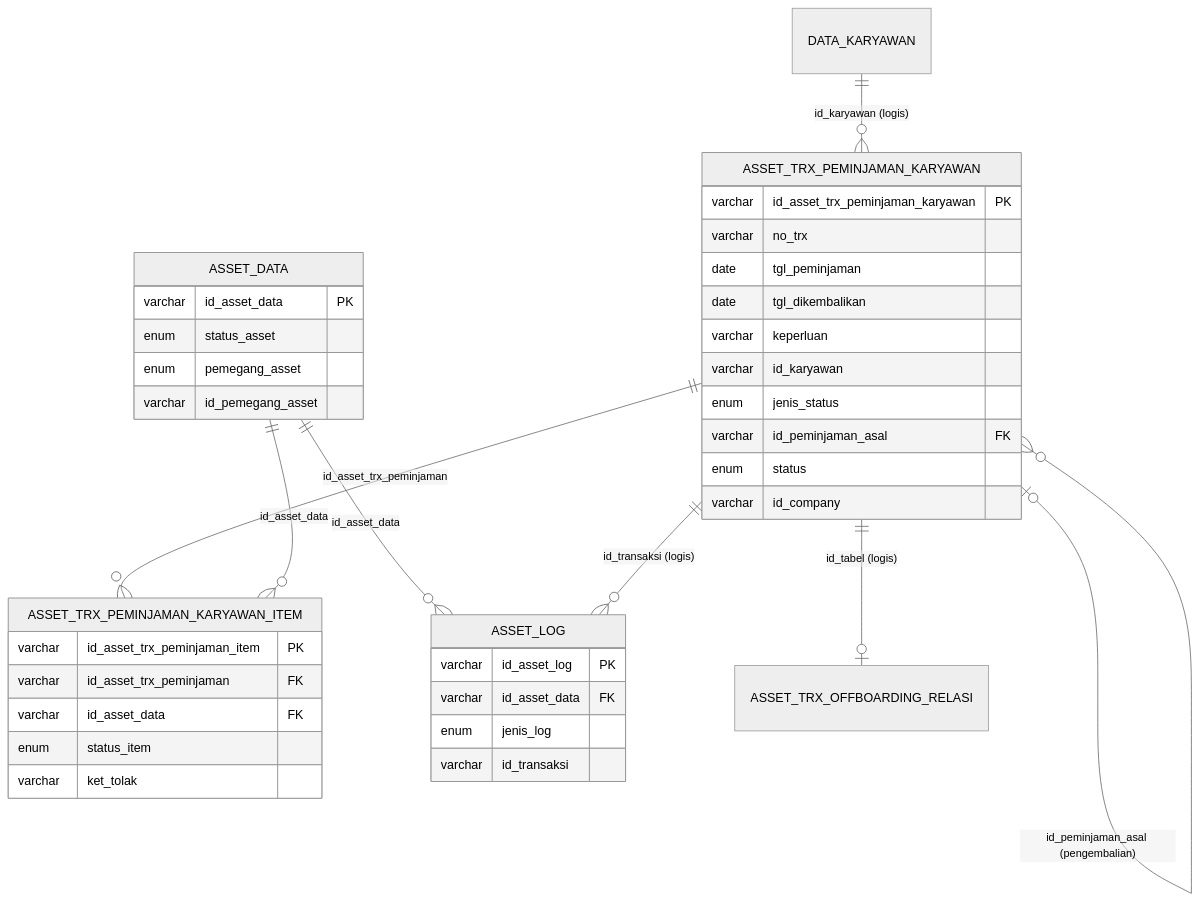
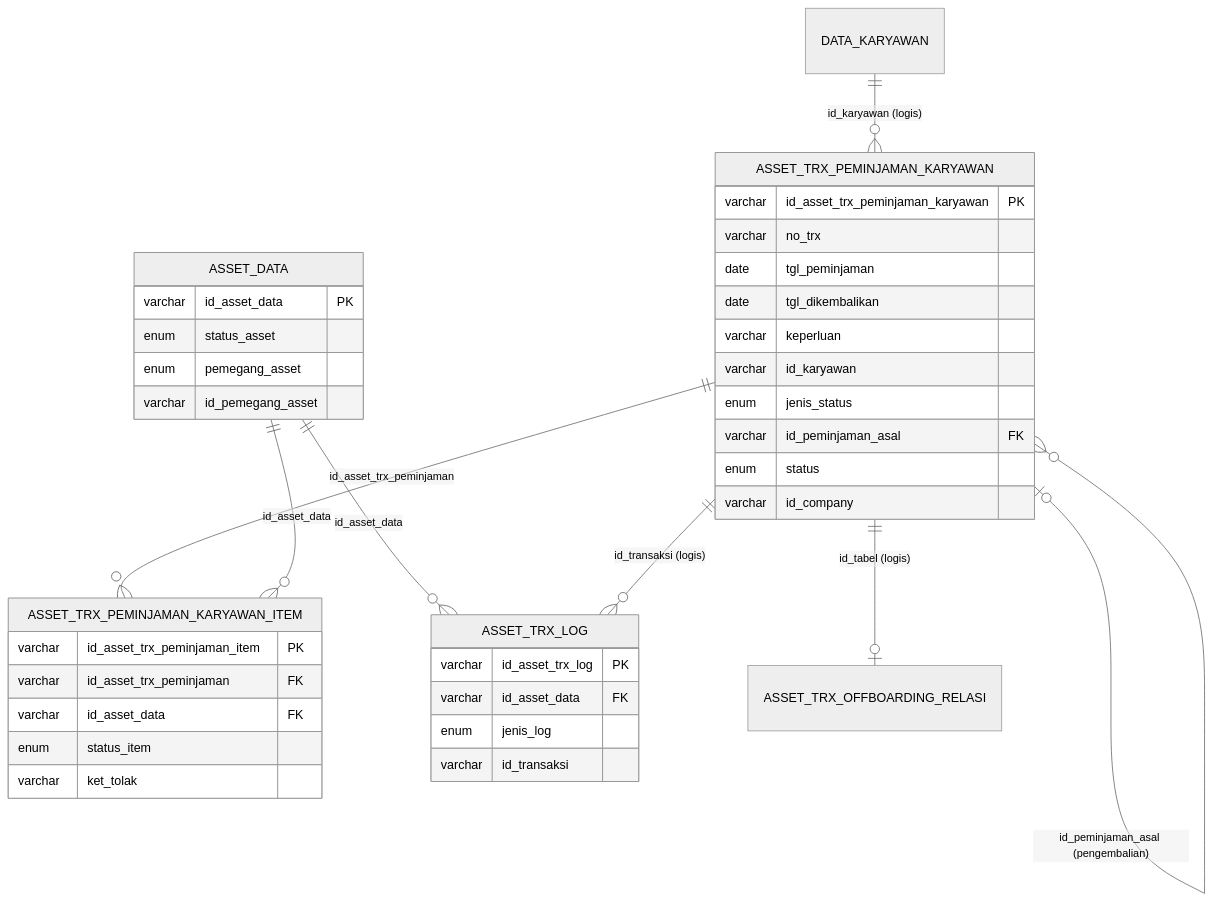
The fifth of 5 diagrams in dokumentasi-asset-peminjaman-karyawan.md (setiyawan12/DOKUMENTASI-ASSET), drawn with Mermaid (neutral theme) before and after one commit. The commit also changed other lines of this file and 34 other files, not shown here.

````diff
--- a/dokumentasi-asset-peminjaman-karyawan.md
+++ b/dokumentasi-asset-peminjaman-karyawan.md
@@ -431,42 +431,42 @@
 ```mermaid
 erDiagram
     ASSET_TRX_PEMINJAMAN_KARYAWAN ||--o{ ASSET_TRX_PEMINJAMAN_KARYAWAN_ITEM : "id_asset_trx_peminjaman"
     ASSET_TRX_PEMINJAMAN_KARYAWAN |o--o{ ASSET_TRX_PEMINJAMAN_KARYAWAN : "id_peminjaman_asal (pengembalian)"
     ASSET_DATA ||--o{ ASSET_TRX_PEMINJAMAN_KARYAWAN_ITEM : "id_asset_data"
     DATA_KARYAWAN ||--o{ ASSET_TRX_PEMINJAMAN_KARYAWAN : "id_karyawan (logis)"
-    ASSET_DATA ||--o{ ASSET_LOG : "id_asset_data"
-    ASSET_TRX_PEMINJAMAN_KARYAWAN ||--o{ ASSET_LOG : "id_transaksi (logis)"
+    ASSET_DATA ||--o{ ASSET_TRX_LOG : "id_asset_data"
+    ASSET_TRX_PEMINJAMAN_KARYAWAN ||--o{ ASSET_TRX_LOG : "id_transaksi (logis)"
     ASSET_TRX_PEMINJAMAN_KARYAWAN ||--o| ASSET_TRX_OFFBOARDING_RELASI : "id_tabel (logis)"
 
     ASSET_TRX_PEMINJAMAN_KARYAWAN {
         varchar id_asset_trx_peminjaman_karyawan PK
         varchar no_trx
         date tgl_peminjaman
         date tgl_dikembalikan
         varchar keperluan
         varchar id_karyawan
         enum jenis_status
         varchar id_peminjaman_asal FK
         enum status
         varchar id_company
     }
     ASSET_TRX_PEMINJAMAN_KARYAWAN_ITEM {
         varchar id_asset_trx_peminjaman_item PK
         varchar id_asset_trx_peminjaman FK
         varchar id_asset_data FK
         enum status_item
         varchar ket_tolak
     }
     ASSET_DATA {
         varchar id_asset_data PK
         enum status_asset
         enum pemegang_asset
         varchar id_pemegang_asset
     }
-    ASSET_LOG {
-        varchar id_asset_log PK
+    ASSET_TRX_LOG {
+        varchar id_asset_trx_log PK
         varchar id_asset_data FK
         enum jenis_log
         varchar id_transaksi
     }
 ```
````
